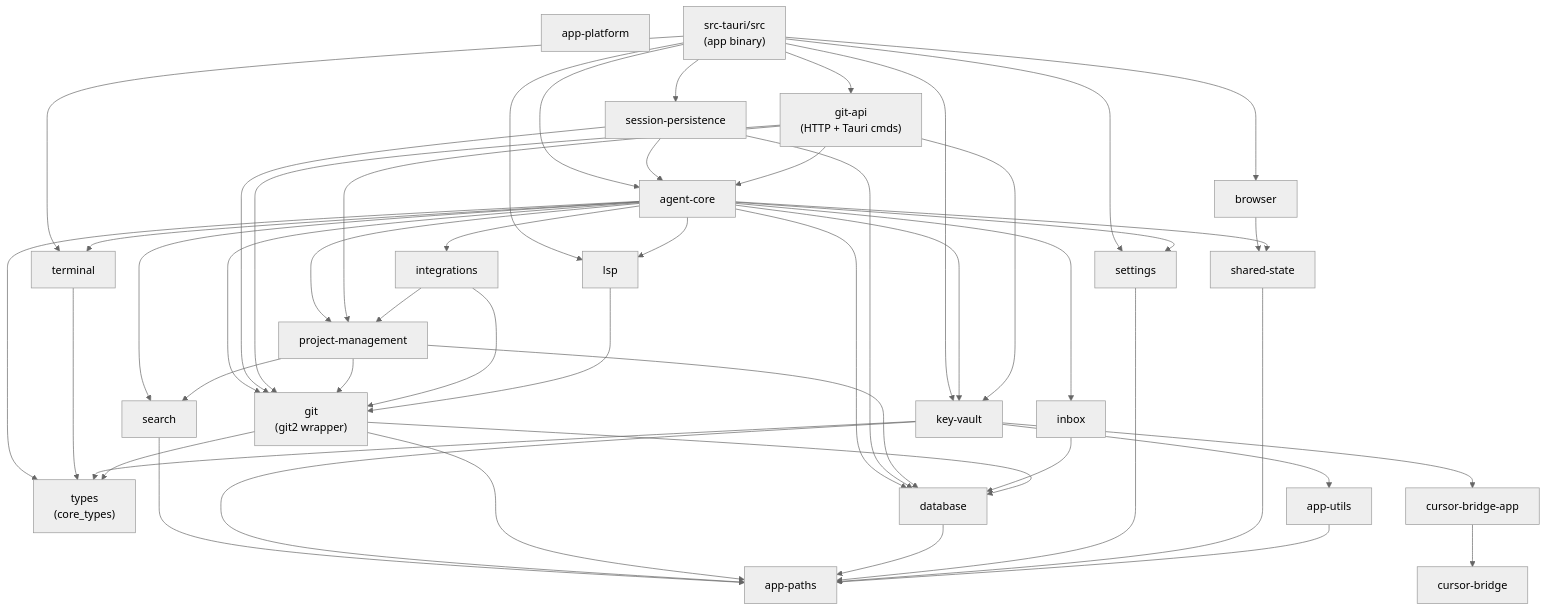
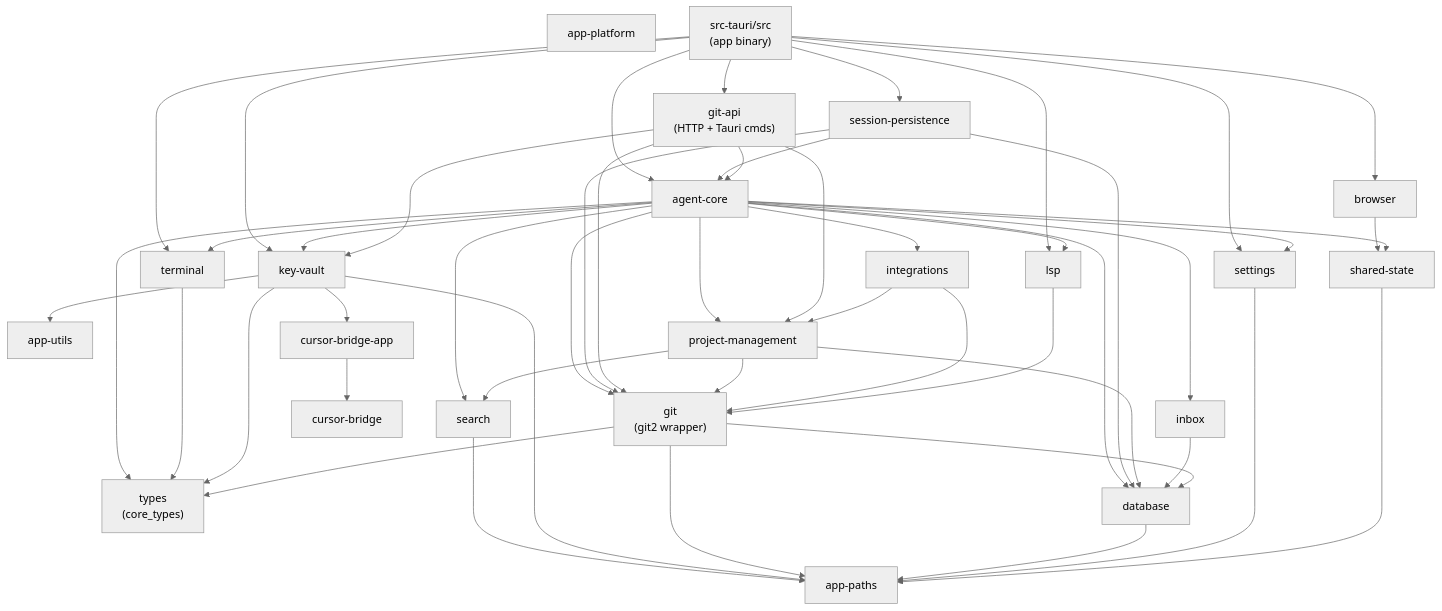
The diagram in docs/architecture/rust-crates.md (Raymond8196/ORG2), drawn with Mermaid (neutral theme) before and after one commit. The commit also changed other lines of this file and 19 other files, not shown here.

```diff
--- a/docs/architecture/rust-crates.md
+++ b/docs/architecture/rust-crates.md
@@ -45,7 +45,6 @@
     app["src-tauri/src\n(app binary)"]
 
     %% ── Foundation deps ─────────────────────────────────────────────────────
-    app_utils --> app_paths
     shared_state --> app_paths
     settings --> app_paths
     database --> app_paths
```
